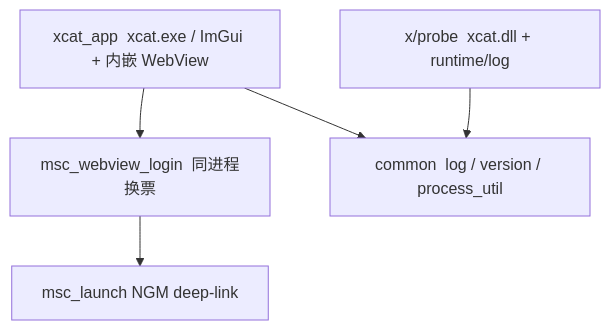
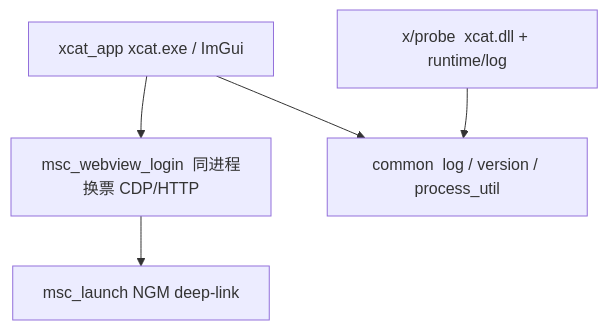
The diagram in docs/features/ops/架构总览.md (oerkras/xcat_for_TWMS), drawn with Mermaid before and after one commit. The commit also changed other lines of this file and 312 other files, not shown here.

First line of the commit message:
Sync launcher CDP/GamaPass, new features, and drop vendored WebView2.

````diff
--- a/docs/features/ops/架构总览.md
+++ b/docs/features/ops/架构总览.md
@@ -7,13 +7,13 @@
 ```mermaid
 flowchart TD
-  APP["xcat_app  xcat.exe / ImGui + 内嵌 WebView"]
-  WEB["msc_webview_login  同进程换票"]
+  APP["xcat_app  xcat.exe / ImGui"]
+  WEB["msc_webview_login  同进程换票 CDP/HTTP"]
   CORE["msc_launch  NGM deep-link"]
   COM["common  log / version / process_util"]
   PAY["x/probe  xcat.dll + runtime/log"]
 
   APP --> COM
   APP --> WEB
   WEB --> CORE
   PAY --> COM
 ```
````
